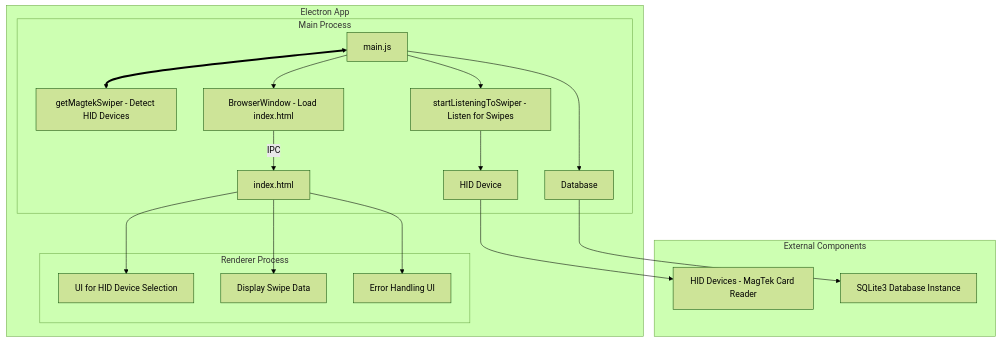
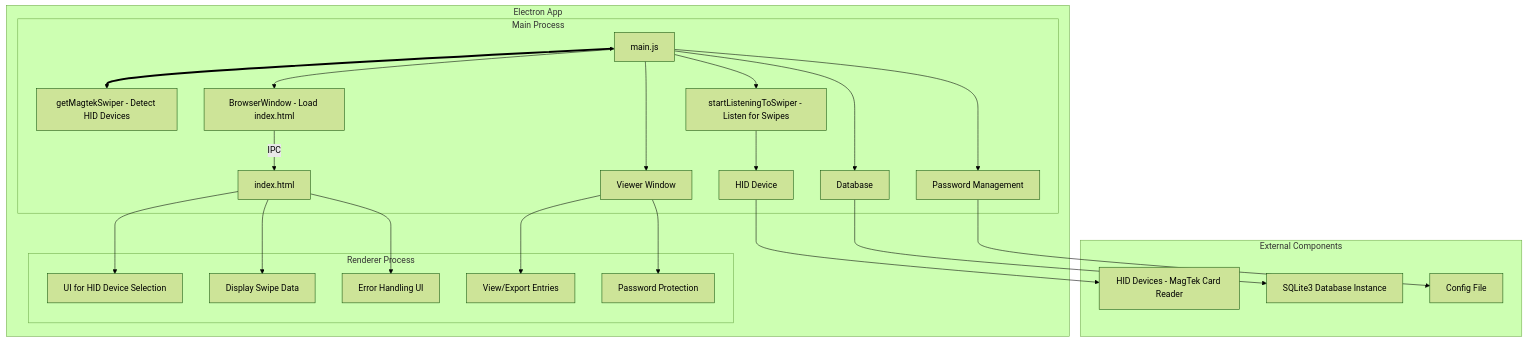
The diagram in DOCUMENTATION.md (DaveLuhman/wolfpackGuestbook), drawn with Mermaid (forest theme) before and after one commit. The commit also changed other lines of this file, not shown here.

First line of the commit message:
Update documentation for version 1.0.4 with password protection details

````diff
--- a/DOCUMENTATION.md
+++ b/DOCUMENTATION.md
@@ -30,26 +30,32 @@
 ```mermaid
     graph TD
     subgraph Electron App
         subgraph Main Process
             A[main.js] <==> B[getMagtekSwiper - Detect HID Devices]
             A --> C[startListeningToSwiper - Listen for Swipes]
             C --> D[HID Device]
             A --> E[BrowserWindow - Load index.html]
             E -->|IPC| F[Renderer Process]
             A --> K[Database]
+            A --> M[Password Management]
+            A --> N[Viewer Window]
         end
 
         subgraph Renderer Process
             F[index.html] --> G[UI for HID Device Selection]
             F --> H[Display Swipe Data]
             F --> I[Error Handling UI]
+            N --> O[View/Export Entries]
+            N --> P[Password Protection]
         end
     end
 
     subgraph External Components
         J[HID Devices - MagTek Card Reader]
         D --> J
         L[SQLite3 Database Instance]
         K --> L
+        Q[Config File]
+        M --> Q
     end
 ```
````
